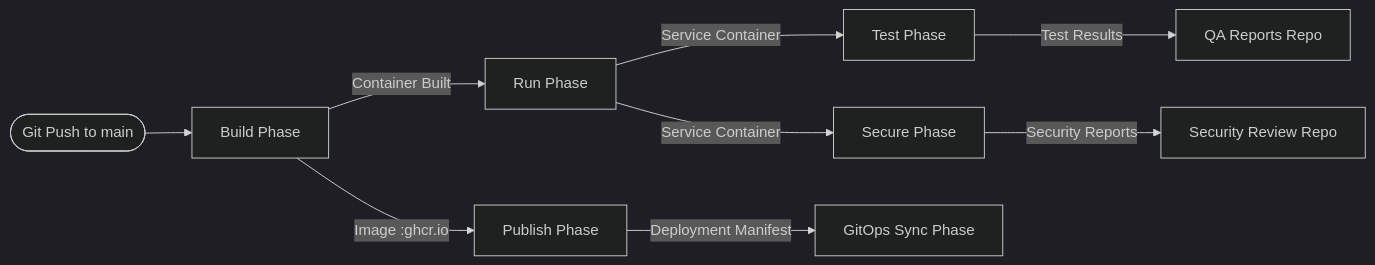
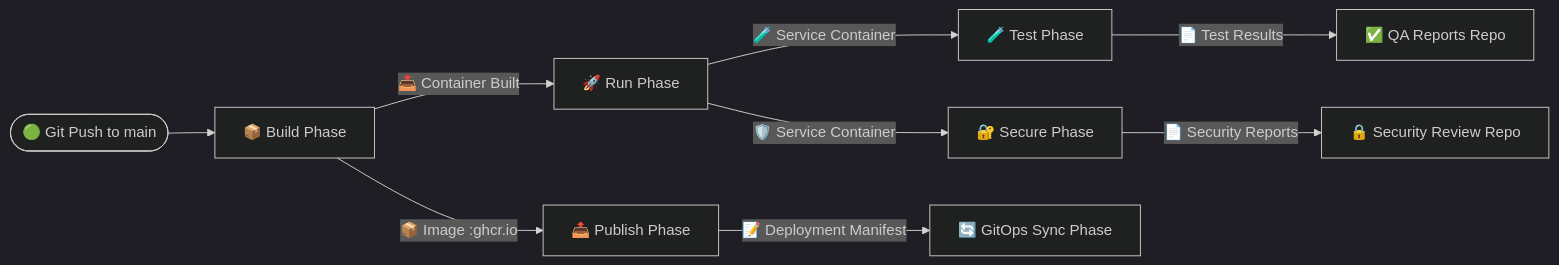
Before and after one commit to dasmlab/whatsnew-service: the second of 2 diagrams in README.md, drawn with Mermaid (dark theme). The commit also changed other lines of this file, not shown here.

````diff
--- a/README.md
+++ b/README.md
@@ -22,11 +22,11 @@
 ```mermaid
 graph LR
-  Trigger([Git Push to main]) --> Build[Build Phase]
-  Build -->|Container Built| Run[Run Phase]
-  Run -->|Service Container| Test[Test Phase]
-  Run -->|Service Container| Secure[Secure Phase]
-  Build -->|Image :ghcr.io| Publish[Publish Phase]
-  Publish -->|Deployment Manifest| GitOps[GitOps Sync Phase]
-  Secure -->|Security Reports| Audit[Security Review Repo]
-  Test -->|Test Results| QA[QA Reports Repo]
+  Trigger([🟢 Git Push to main]) --> Build[📦 Build Phase]
+  Build -->|📤 Container Built| Run[🚀 Run Phase]
+  Run -->|🧪 Service Container| Test[🧪 Test Phase]
+  Run -->|🛡️ Service Container| Secure[🔐 Secure Phase]
+  Build -->|📦 Image :ghcr.io| Publish[📤 Publish Phase]
+  Publish -->|📝 Deployment Manifest| GitOps[🔄 GitOps Sync Phase]
+  Secure -->|📄 Security Reports| Audit[🔒 Security Review Repo]
+  Test -->|📄 Test Results| QA[✅ QA Reports Repo]
 ```
````
